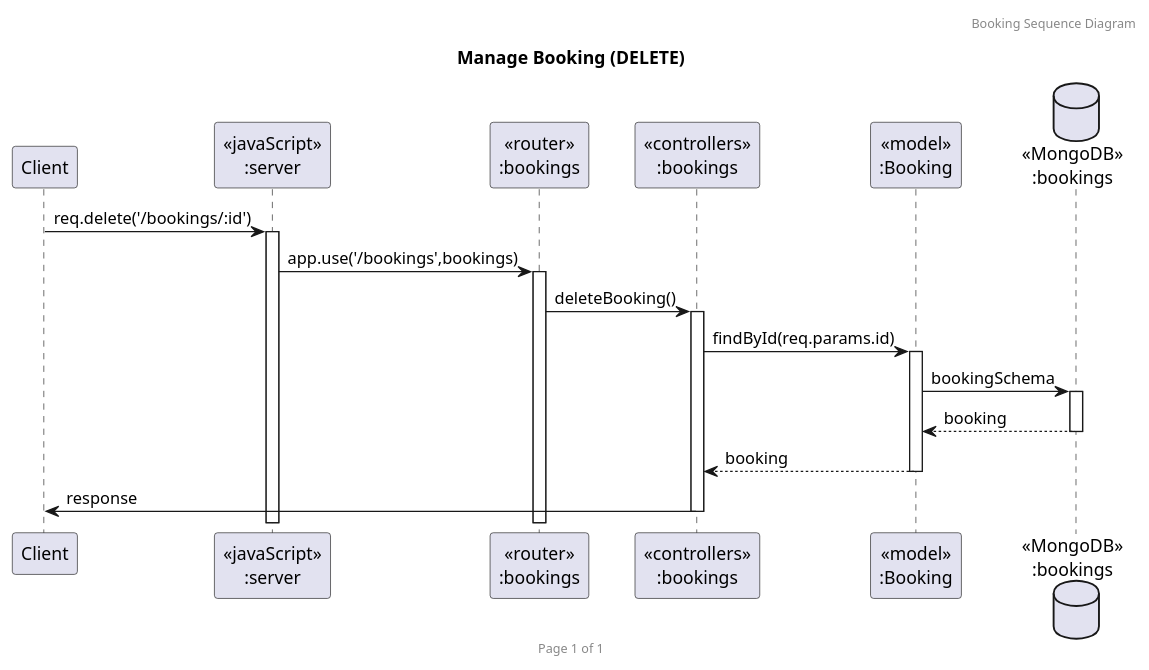
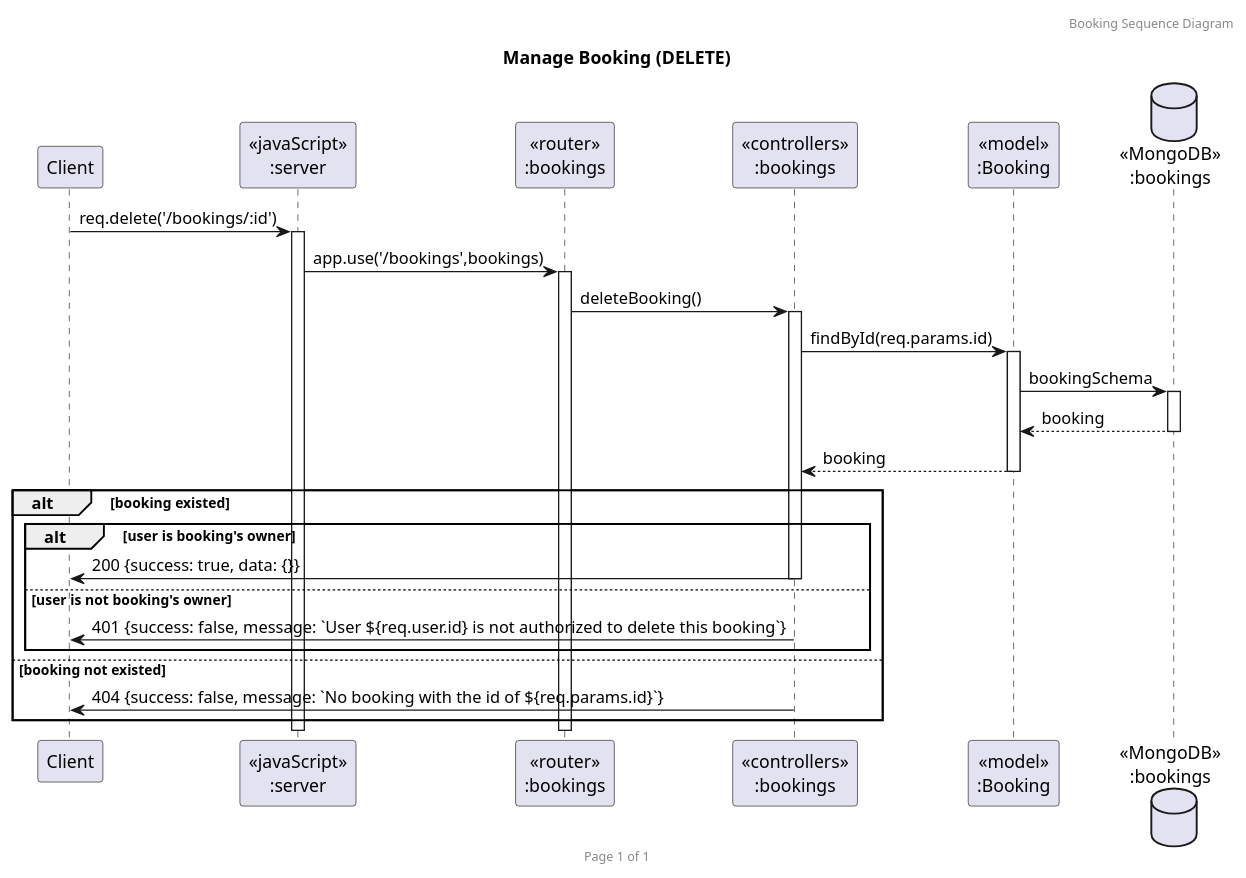
One commit to 2110503TACEDT66/presentation-day-1-i-am-the-bone-of-my-sources changed the diagram in presentation/Sequence_Diagram/Bookings/SequenceDiagram(DELETE Booking).puml. Above: the diagram before and after it, drawn with PlantUML. The commit also changed 9 other files, not shown here.

Commit message:
Edit Bookings sequence diagram (Add Alt method)

```diff
--- a/presentation/Sequence_Diagram/Bookings/SequenceDiagram(DELETE Booking).puml
+++ b/presentation/Sequence_Diagram/Bookings/SequenceDiagram(DELETE Booking).puml
@@ -1,23 +1,31 @@
 @startuml Manage Booking (DELETE)
 
 header Booking Sequence Diagram
 footer Page %page% of %lastpage%
 title "Manage Booking (DELETE)"
 
 participant "Client" as client
 participant "<<javaScript>>\n:server" as server
 participant "<<router>>\n:bookings" as routerBookings
 participant "<<controllers>>\n:bookings" as controllersBookings
 participant "<<model>>\n:Booking" as modelBooking
 database "<<MongoDB>>\n:bookings" as BookingsDatabase
 
 client->server ++:req.delete('/bookings/:id')
 server->routerBookings ++:app.use('/bookings',bookings)
 routerBookings -> controllersBookings ++:deleteBooking()
 controllersBookings->modelBooking ++:findById(req.params.id)
 modelBooking ->BookingsDatabase ++: bookingSchema
 BookingsDatabase --> modelBooking --: booking
 controllersBookings <-- modelBooking --:booking
-controllersBookings->client --:response
+alt booking existed
+    alt user is booking's owner
+        controllersBookings->client --:200 {success: true, data: {}}
+    else user is not booking's owner
+        controllersBookings->client --:401 {success: false, message: `User ${req.user.id} is not authorized to delete this booking`}
+    end
+else booking not existed
+    controllersBookings->client --:404 {success: false, message: `No booking with the id of ${req.params.id}`}
+end
 
 @enduml
```
